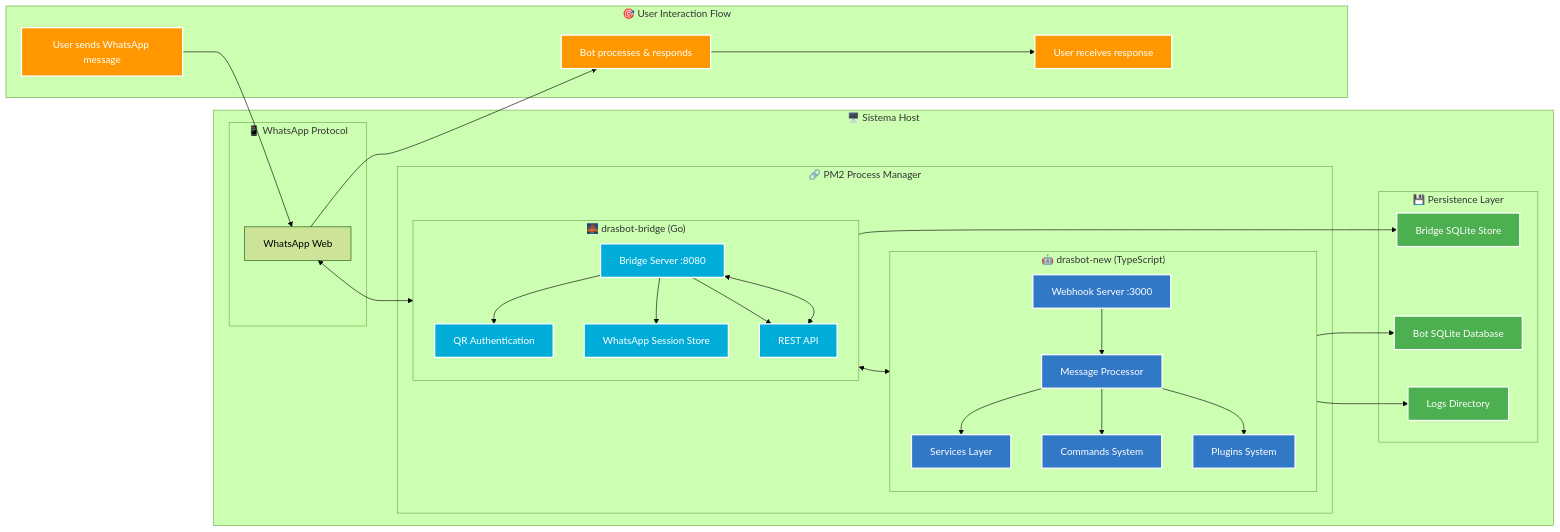
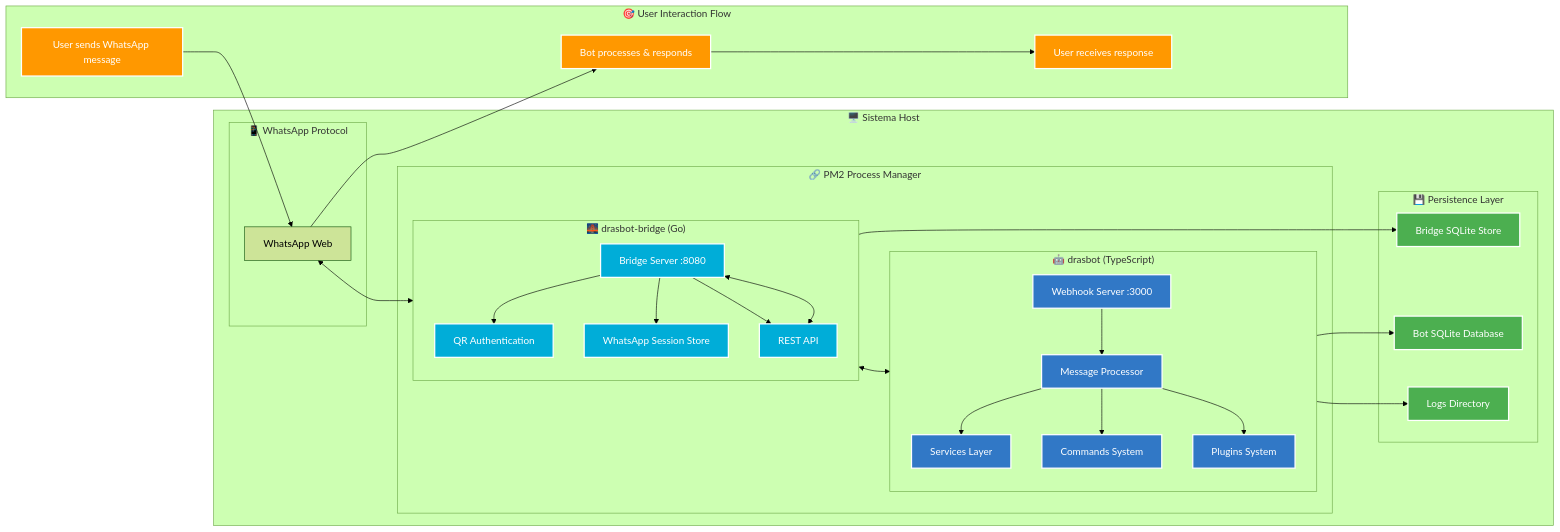
One commit to DanielMartinezSebastian/dras-whatsapp-bot changed the third of 3 diagrams in README.md. Above: the diagram before and after it, drawn with Mermaid (forest theme). The commit also changed other lines of this file and 86 other files, not shown here.

````diff
--- a/README.md
+++ b/README.md
@@ -702,70 +702,70 @@
 ```mermaid
 graph LR
     subgraph "🖥️ Sistema Host"
         subgraph "📱 WhatsApp Protocol"
             WA[WhatsApp Web]
         end
         
         subgraph "🔗 PM2 Process Manager"
             subgraph "🌉 drasbot-bridge (Go)"
                 direction TB
                 BR[Bridge Server :8080]
                 QR[QR Authentication]
                 WS[WhatsApp Session Store]
                 API[REST API]
                 BR --> QR
                 BR --> WS
                 BR --> API
             end
             
-            subgraph "🤖 drasbot-new (TypeScript)"
+            subgraph "🤖 drasbot (TypeScript)"
                 direction TB
                 WH[Webhook Server :3000]
                 MP[Message Processor]
                 SRV[Services Layer]
                 CMD[Commands System]
                 PLG[Plugins System]
                 WH --> MP
                 MP --> SRV
                 MP --> CMD
                 MP --> PLG
             end
         end
         
         subgraph "💾 Persistence Layer"
             DB1[Bridge SQLite Store]
             DB2[Bot SQLite Database]
             LOG[Logs Directory]
         end
     end
     
     subgraph "🎯 User Interaction Flow"
         U1[User sends WhatsApp message]
         U2[Bot processes & responds]
         U3[User receives response]
     end
     
     %% Connections
     WA <--> BR
     BR <--> API
     API <--> WH
     
     BR --> DB1
     SRV --> DB2
     MP --> LOG
     
     U1 --> WA
     WA --> U2
     U2 --> U3
     
     %% Styling
     classDef processGo fill:#00ADD8,stroke:#fff,stroke-width:2px,color:#fff
     classDef processTS fill:#3178C6,stroke:#fff,stroke-width:2px,color:#fff
     classDef database fill:#4CAF50,stroke:#fff,stroke-width:2px,color:#fff
     classDef user fill:#FF9800,stroke:#fff,stroke-width:2px,color:#fff
     
     class BR,QR,WS,API processGo
     class WH,MP,SRV,CMD,PLG processTS
     class DB1,DB2,LOG database
     class U1,U2,U3 user
 ```
````
